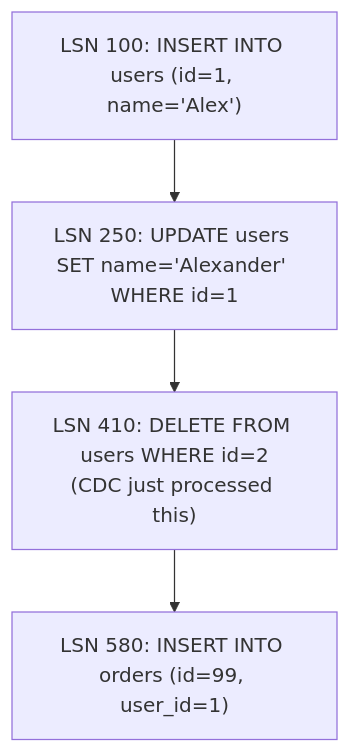
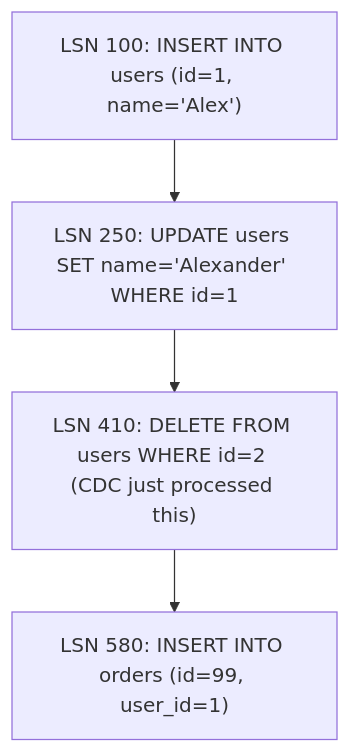
The fifth of 8 diagrams in blog/astro/src/content/docs/change-data-capture.md (Chandra179/atlas), drawn with Mermaid before and after one commit. The commit also changed other lines of this file and 1 other file, not shown here.

````diff
--- a/blog/astro/src/content/docs/change-data-capture.md
+++ b/blog/astro/src/content/docs/change-data-capture.md
@@ -120,8 +120,8 @@
 ```mermaid
 flowchart TD
   L100["LSN 100: INSERT INTO users (id=1, name='Alex')"]
   L250["LSN 250: UPDATE users SET name='Alexander' WHERE id=1"]
-  L410["LSN 410: DELETE FROM users WHERE id=2<br/>(CDC just processed this)"]
+  L410["LSN 410: DELETE FROM users WHERE id=2 (CDC just processed this)"]
   L580["LSN 580: INSERT INTO orders (id=99, user_id=1)"]
   L100 --> L250 --> L410 --> L580
 ```
````
